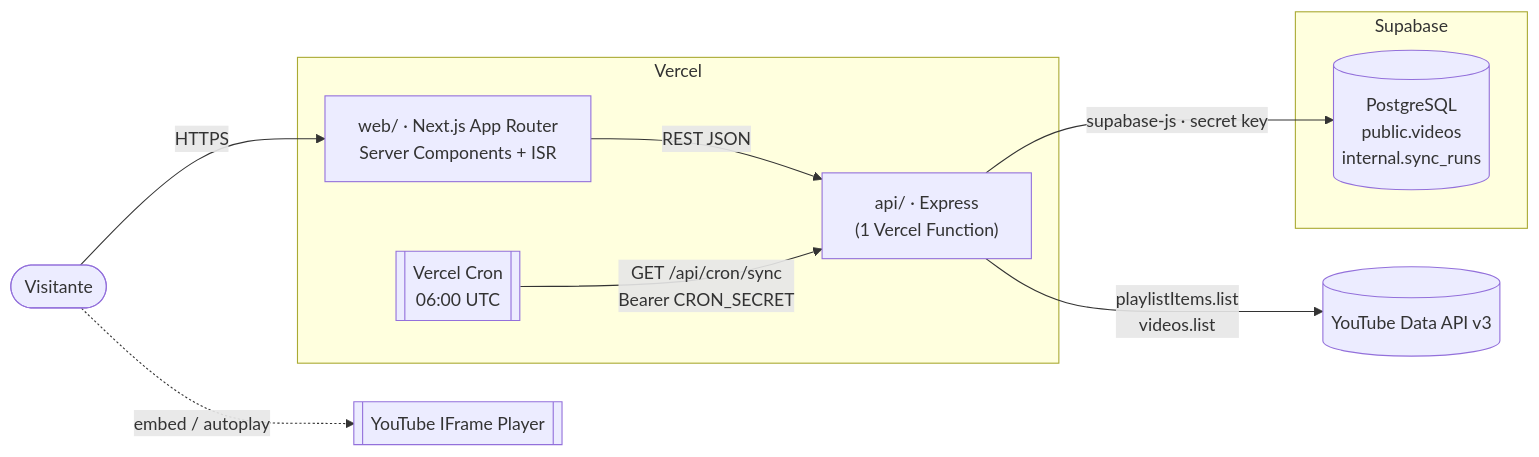
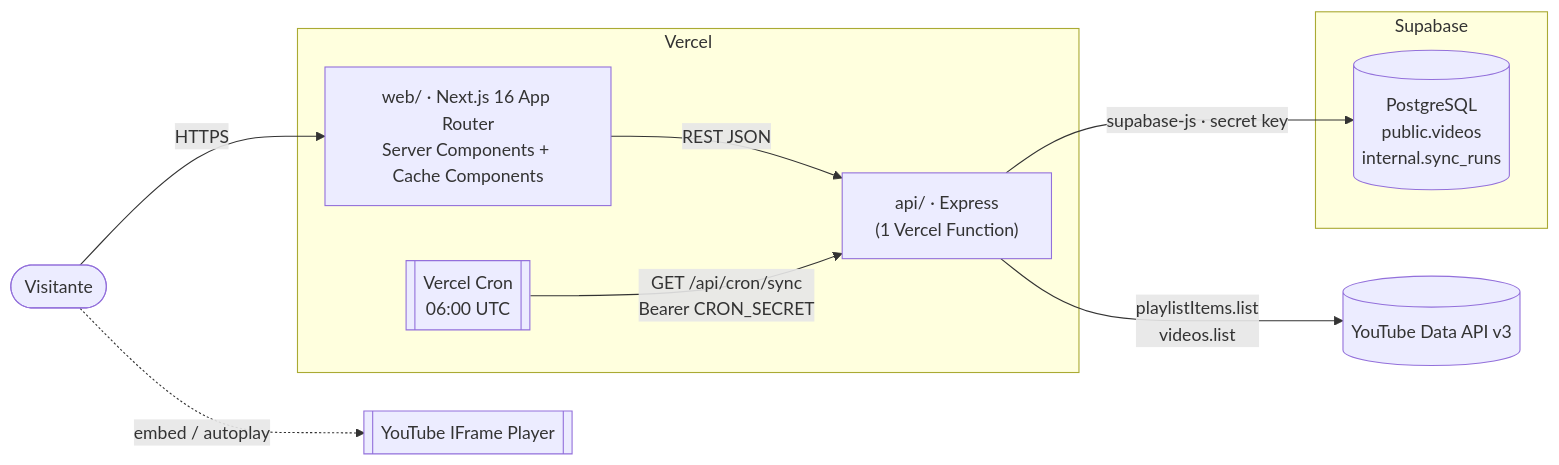
Before and after one commit to MarcosRBjunior/ViewNow: the first of 3 diagrams in docs/architecture.md, drawn with Mermaid. The commit also changed other lines of this file and 48 other files, not shown here.

````diff
--- a/docs/architecture.md
+++ b/docs/architecture.md
@@ -9,23 +9,23 @@
 ```mermaid
 flowchart LR
     U([Visitante]) -->|HTTPS| WEB
 
     subgraph Vercel
-        WEB["web/ · Next.js App Router<br/>Server Components + ISR"]
+        WEB["web/ · Next.js 16 App Router<br/>Server Components + Cache Components"]
         API["api/ · Express<br/>(1 Vercel Function)"]
         CRON[[Vercel Cron<br/>06:00 UTC]]
     end
 
     subgraph Supabase
         DB[("PostgreSQL<br/>public.videos<br/>internal.sync_runs")]
     end
 
     YT_DATA[(YouTube Data API v3)]
     YT_PLAYER[[YouTube IFrame Player]]
 
     WEB -->|REST JSON| API
     CRON -->|GET /api/cron/sync<br/>Bearer CRON_SECRET| API
     API -->|supabase-js · secret key| DB
     API -->|playlistItems.list<br/>videos.list| YT_DATA
     U -.->|embed / autoplay| YT_PLAYER
 ```
````
